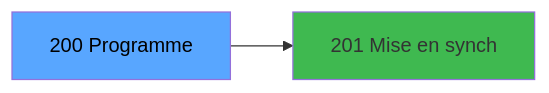
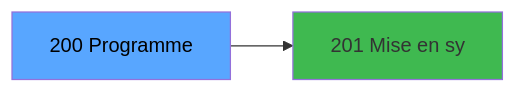
Before and after one commit to thonyAGP/magic-migration: the third of 3 diagrams in .openspec/specs/ADH-IDE-200.md, drawn with Mermaid. The commit also changed other lines of this file and 323 other files, not shown here.

````diff
--- a/.openspec/specs/ADH-IDE-200.md
+++ b/.openspec/specs/ADH-IDE-200.md
@@ -114,8 +137,8 @@
 ```mermaid
 graph LR
     T[200 Programme]
-    C201[201   Mise en synch]
+    C201[201   Mise en sy]
     T --> C201
     style T fill:#58a6ff,color:#000
     style C201 fill:#3fb950
 ```
````
